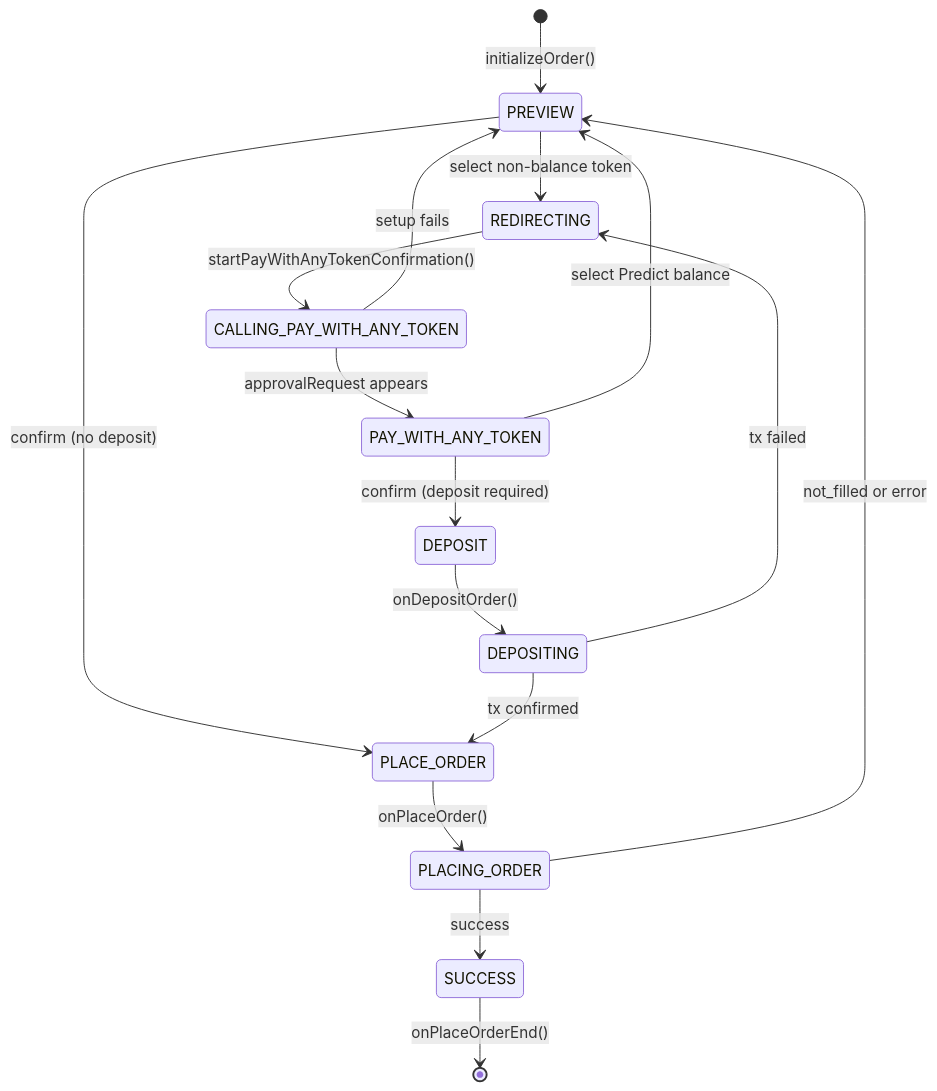
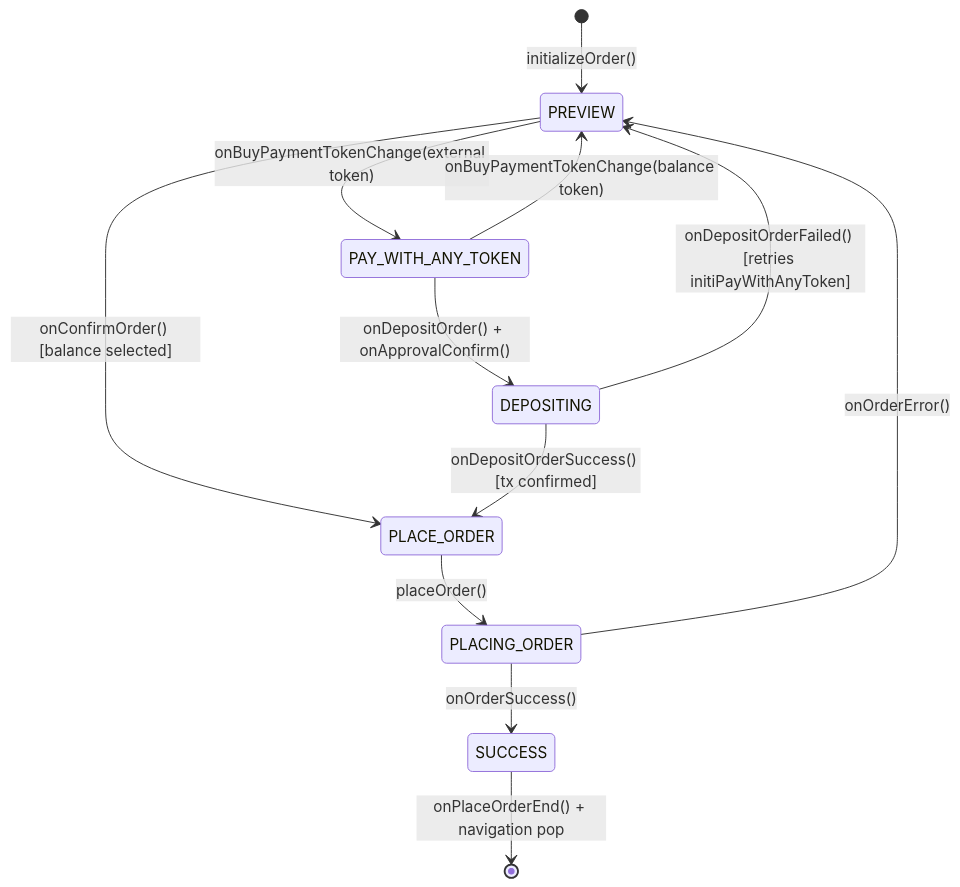
The diagram in app/components/UI/Predict/README.md (MetaMask/metamask-mobile), drawn with Mermaid before and after one commit. The commit also changed other lines of this file and 4 other files, not shown here.

````diff
--- a/app/components/UI/Predict/README.md
+++ b/app/components/UI/Predict/README.md
@@ -202,23 +203,19 @@
 ```mermaid
 stateDiagram-v2
     [*] --> PREVIEW: initializeOrder()
 
-    PREVIEW --> REDIRECTING: select non-balance token
-    PAY_WITH_ANY_TOKEN --> PREVIEW: select Predict balance
+    PREVIEW --> PAY_WITH_ANY_TOKEN: onBuyPaymentTokenChange(external token)
+    PAY_WITH_ANY_TOKEN --> PREVIEW: onBuyPaymentTokenChange(balance token)
 
-    REDIRECTING --> CALLING_PAY_WITH_ANY_TOKEN: startPayWithAnyTokenConfirmation()
-    CALLING_PAY_WITH_ANY_TOKEN --> PAY_WITH_ANY_TOKEN: approvalRequest appears
-    CALLING_PAY_WITH_ANY_TOKEN --> PREVIEW: setup fails
+    PREVIEW --> PLACE_ORDER: onConfirmOrder() [balance selected]
+    PAY_WITH_ANY_TOKEN --> DEPOSITING: onDepositOrder() + onApprovalConfirm()
 
-    PREVIEW --> PLACE_ORDER: confirm (no deposit)
-    PAY_WITH_ANY_TOKEN --> DEPOSIT: confirm (deposit required)
-    DEPOSIT --> DEPOSITING: onDepositOrder()
-    DEPOSITING --> PLACE_ORDER: tx confirmed
-    DEPOSITING --> REDIRECTING: tx failed
+    DEPOSITING --> PLACE_ORDER: onDepositOrderSuccess() [tx confirmed]
+    DEPOSITING --> PREVIEW: onDepositOrderFailed() [retries initiPayWithAnyToken]
 
-    PLACE_ORDER --> PLACING_ORDER: onPlaceOrder()
-    PLACING_ORDER --> SUCCESS: success
-    PLACING_ORDER --> PREVIEW: not_filled or error
+    PLACE_ORDER --> PLACING_ORDER: placeOrder()
+    PLACING_ORDER --> SUCCESS: onOrderSuccess()
+    PLACING_ORDER --> PREVIEW: onOrderError()
 
-    SUCCESS --> [*]: onPlaceOrderEnd()
+    SUCCESS --> [*]: onPlaceOrderEnd() + navigation pop
 ```
````
